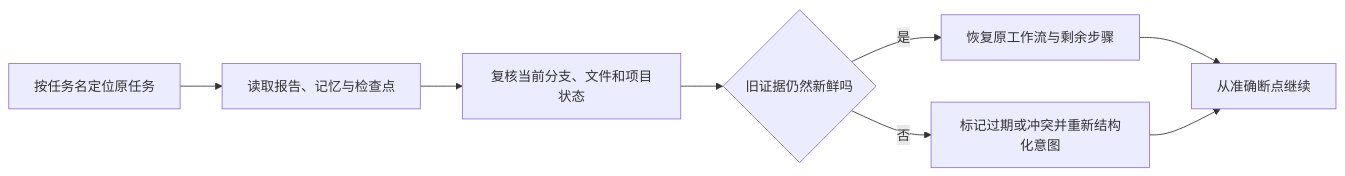
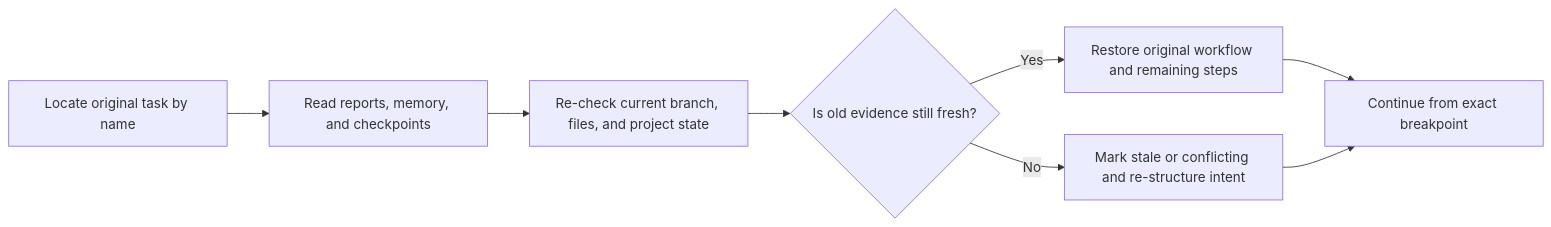
Before and after one commit to devcodex-labs/devcodex: the second of 2 diagrams in README.md, drawn with Mermaid. The commit also changed other lines of this file and 3 other files, not shown here.

````diff
--- a/README.md
+++ b/README.md
@@ -257,10 +258,10 @@
 ```mermaid
 flowchart LR
-    A[按任务名定位原任务] --> B[读取报告、记忆与检查点]
-    B --> C[复核当前分支、文件和项目状态]
-    C --> D{旧证据仍然新鲜吗}
-    D -- 是 --> E[恢复原工作流与剩余步骤]
-    D -- 否 --> F[标记过期或冲突并重新结构化意图]
-    E --> G[从准确断点继续]
+    A[Locate original task by name] --> B[Read reports, memory, and checkpoints]
+    B --> C[Re-check current branch, files, and project state]
+    C --> D{Is old evidence still fresh?}
+    D -- Yes --> E[Restore original workflow and remaining steps]
+    D -- No --> F[Mark stale or conflicting and re-structure intent]
+    E --> G[Continue from exact breakpoint]
     F --> G
 ```
````
